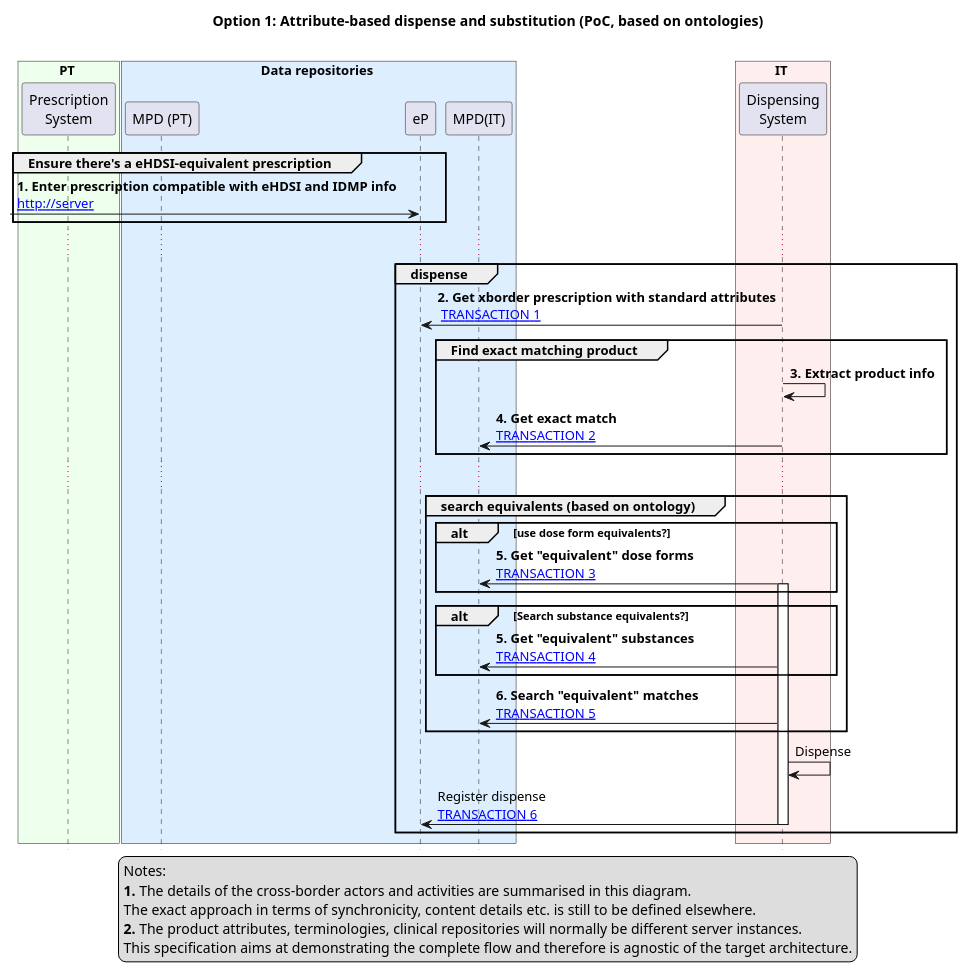
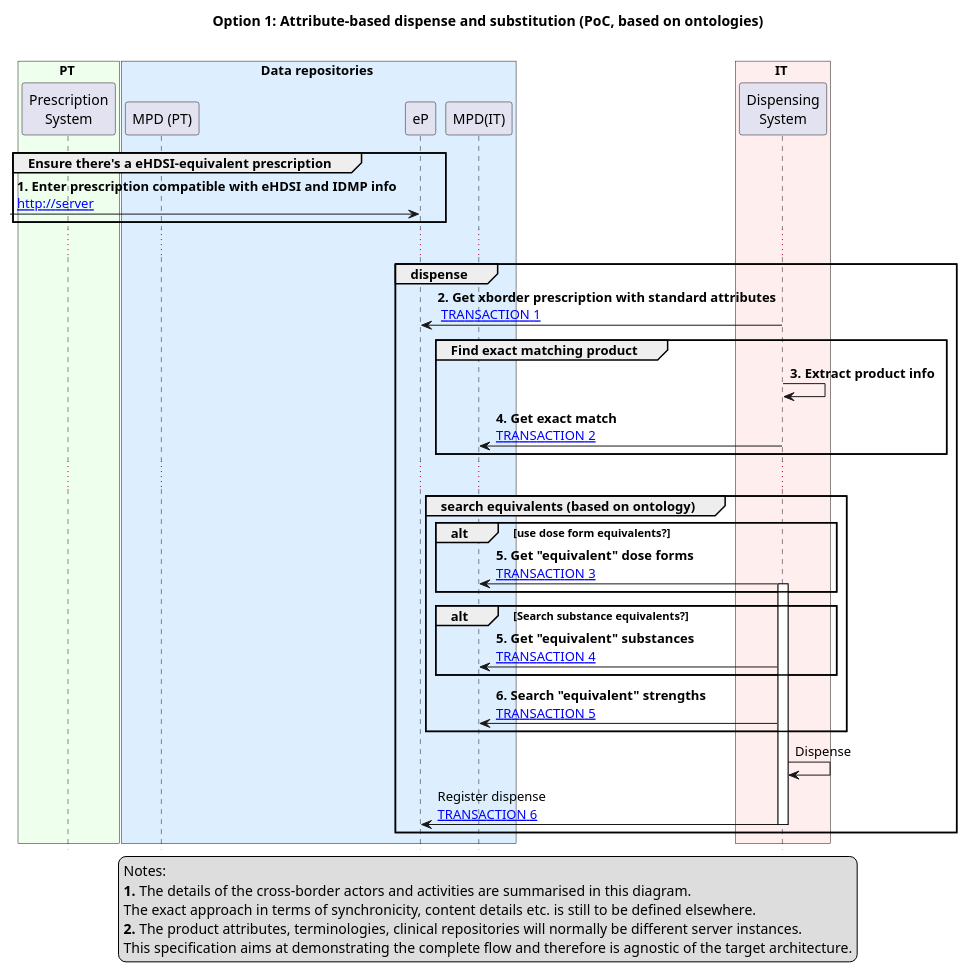
The diagram in input/images-source/prescription-subs.plantuml (hl7-eu/unicom-ig), drawn with PlantUML before and after one commit. The commit also changed 3 other files, not shown here.

```diff
--- a/input/images-source/prescription-subs.plantuml
+++ b/input/images-source/prescription-subs.plantuml
@@ -1,72 +1,72 @@
 @startuml
 
 title **Option 1: Attribute-based dispense and substitution (PoC, based on ontologies)**\n
 
 skinparam actorstyle awesome
 
 
 box PT #efe
 participant "Prescription\nSystem" as PP
 end box
 
 box Data repositories #def
 participant "MPD (PT)" as MPD1
 participant "eP" as EP
 participant "MPD(IT)" as MPD2
 end box
 
 
 box IT #fee
 'actor "Prescriber" as DR
 participant "Dispensing\nSystem" as DIS
 
 end box
 
 
 group Ensure there's a eHDSI-equivalent prescription 
 -> EP : **1. Enter prescription compatible with eHDSI and IDMP info**\n[[http://server{}]]
 end
 
 
 ...
 group dispense
 DIS -> EP : **2. Get xborder prescription with standard attributes**\n [[http://server{GET /MedicationRequest?patient=x} TRANSACTION 1 ]]
 ' - Amlodipine oral 5 mg [21-60]
 group Find exact matching product
 DIS -> DIS: **3. Extract product info**
-DIS -> MPD2: **4. Get exact match**\n[[http://server{GET /MedicationRequest?patient=x} TRANSACTION 2 ]]
+DIS -> MPD2: **4. Get exact match**\n[[http://server{GET /Medication?doseform=x&ingredient-code=y&ingredient-strength=z} TRANSACTION 2 ]]
 end
 
 ...
 group search equivalents (based on ontology)
 alt use dose form equivalents?
 'DIS -> MPD2: **6. Get "equivalent" dose forms**\n[[http://server{} POST ValueSet/$expand ]]
 DIS -> MPD2: **5. Get "equivalent" dose forms**\n[[http://server{GET /MedicationRequest?patient=x} TRANSACTION 3 ]]
 activate DIS
 end
 
 alt Search substance equivalents?
 DIS -> MPD2: **5. Get "equivalent" substances**\n[[http://server{GET /MedicationRequest?patient=x} TRANSACTION 4 ]]
 end
-DIS -> MPD2: **6. Search "equivalent" matches**\n[[http://server{GET /MedicationRequest?patient=x} TRANSACTION 5 ]]
+DIS -> MPD2: **6. Search "equivalent" strengths**\n[[http://server{GET /MedicationRequest?patient=x} TRANSACTION 5 ]]
 
 end
 
 DIS -> DIS: Dispense
 
 DIS -> EP: Register dispense\n[[http://server{GET /MedicationRequest?patient=x} TRANSACTION 6 ]]
 deactivate DIS
 end
 
 legend 
 Notes: 
 **1.** The details of the cross-border actors and activities are summarised in this diagram. 
 The exact approach in terms of synchronicity, content details etc. is still to be defined elsewhere.
 **2.** The product attributes, terminologies, clinical repositories will normally be different server instances. 
 This specification aims at demonstrating the complete flow and therefore is agnostic of the target architecture.
 end legend
 
 hide footbox
 
 
 @enduml
```
